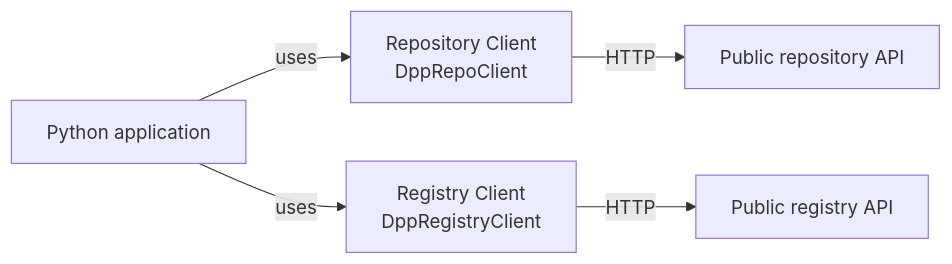
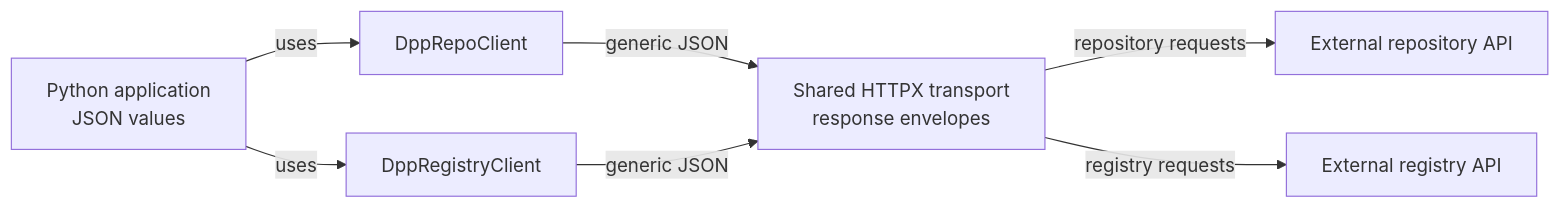
One commit to CIR4FUN-EU/python-dpp-sdk changed the diagram in docs/architecture/python-client-request-flow.mmd. Above: the diagram before and after it, drawn with Mermaid. The commit also changed 114 other files, not shown here.

Commit message:
Release 0.5.0: canonical passport model, DPP4Fun profile, JSON clients, and reworked documentation

```diff
--- a/docs/architecture/python-client-request-flow.mmd
+++ b/docs/architecture/python-client-request-flow.mmd
@@ -1,5 +1,7 @@
 flowchart LR
-  App["Python application"] -->|uses| Repo["Repository Client<br/>DppRepoClient"]
-  App -->|uses| Registry["Registry Client<br/>DppRegistryClient"]
-  Repo -->|HTTP| RepoApi["Public repository API"]
-  Registry -->|HTTP| RegistryApi["Public registry API"]
+  App["Python application<br/>JSON values"] -->|uses| Repo["DppRepoClient"]
+  App -->|uses| Registry["DppRegistryClient"]
+  Repo -->|generic JSON| Http["Shared HTTPX transport<br/>response envelopes"]
+  Registry -->|generic JSON| Http
+  Http -->|repository requests| RepoApi["External repository API"]
+  Http -->|registry requests| RegistryApi["External registry API"]
```
